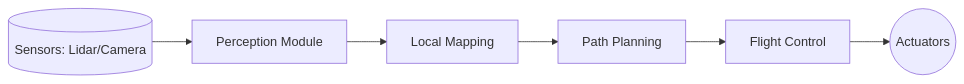
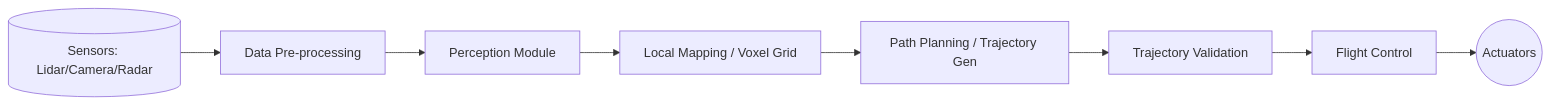
Before and after one commit to subhamsje/Drone-N1: the second of 4 diagrams in sn-article-template/docs/SYSTEM_ARCHITECTURE.md, drawn with Mermaid. The commit also changed other lines of this file and 3 other files, not shown here.

Commit message:
feat(telemetry, frontend, docs): add zero-copy binary ws streaming, clean HUD imports, and expand DO-178C architecture specs

````diff
--- a/sn-article-template/docs/SYSTEM_ARCHITECTURE.md
+++ b/sn-article-template/docs/SYSTEM_ARCHITECTURE.md
@@ -31,8 +31,10 @@
 ```mermaid
 flowchart LR
-    Sensors[(Sensors: Lidar/Camera)] --> Perception[Perception Module]
-    Perception --> Mapping[Local Mapping]
-    Mapping --> Planning[Path Planning]
-    Planning --> Control[Flight Control]
+    Sensors[(Sensors: Lidar/Camera/Radar)] --> PreProcessing[Data Pre-processing]
+    PreProcessing --> Perception[Perception Module]
+    Perception --> Mapping[Local Mapping / Voxel Grid]
+    Mapping --> Planning[Path Planning / Trajectory Gen]
+    Planning --> Validation[Trajectory Validation]
+    Validation --> Control[Flight Control]
     Control --> Actuators((Actuators))
 ```
````
